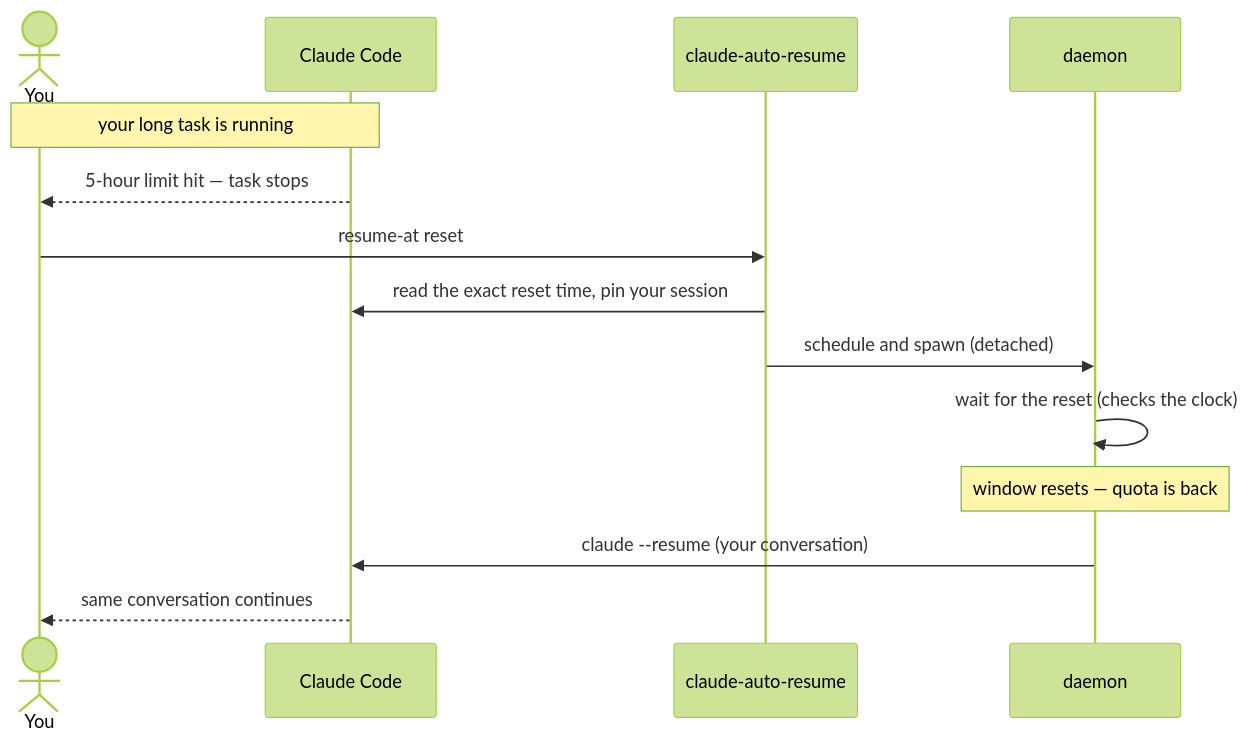
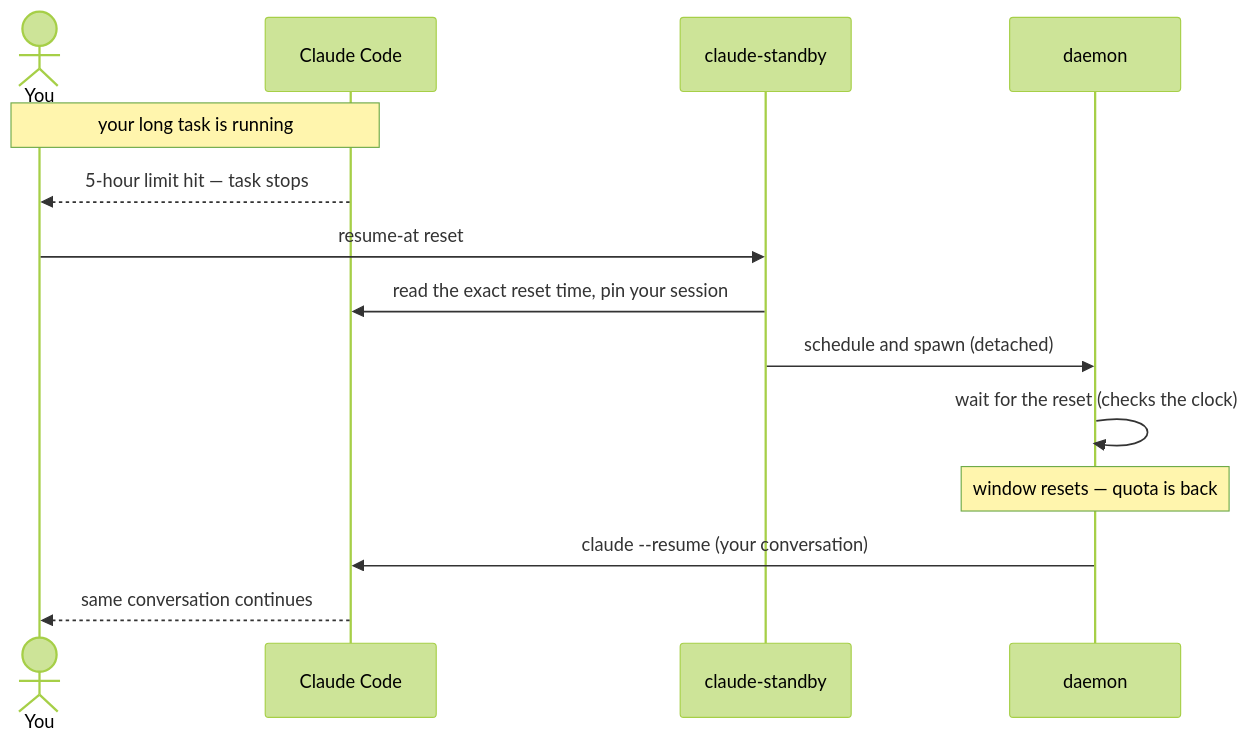
Before and after one commit to 0xsaju/claude-standby: the diagram in README.md, drawn with Mermaid (forest theme). The commit also changed other lines of this file and 25 other files, not shown here.

Commit message:
Rename to Claude Standby: CLI command claude-standby (alias cs), CLAUDE_STANDBY_* env, extension + docs; data dir and internal prefixes kept as legacy

````diff
--- a/README.md
+++ b/README.md
@@ -181,16 +181,16 @@
 ```mermaid
 sequenceDiagram
     actor You
     participant CC as Claude Code
-    participant AR as claude-auto-resume
+    participant AR as claude-standby
     participant D as daemon
     Note over You,CC: your long task is running
     CC-->>You: 5-hour limit hit — task stops
     You->>AR: resume-at reset
     AR->>CC: read the exact reset time, pin your session
     AR->>D: schedule and spawn (detached)
     D->>D: wait for the reset (checks the clock)
     Note over D: window resets — quota is back
     D->>CC: claude --resume (your conversation)
     CC-->>You: same conversation continues
 ```
````
